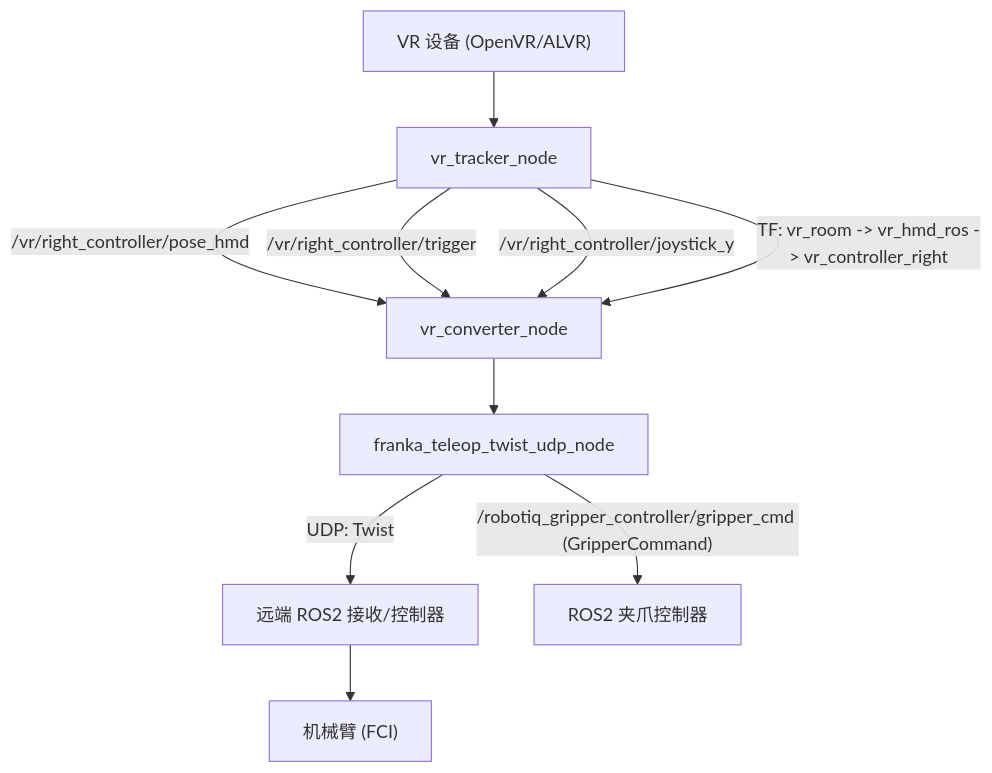
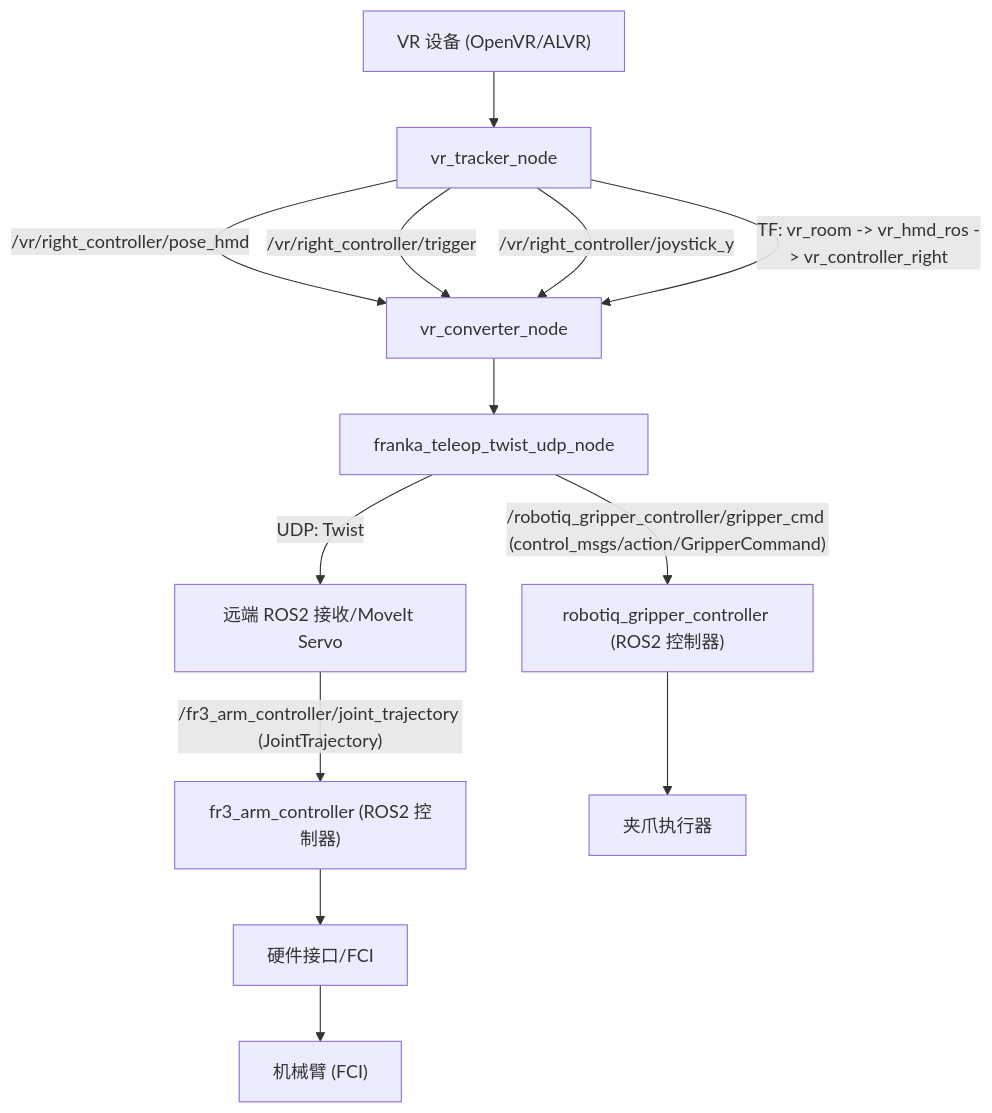
The second of 2 diagrams in vr_teleop_twist/README.md (Daisywait/VR_teleop), drawn with Mermaid before and after one commit. The commit also changed other lines of this file, not shown here.

Commit message:
链路图完善

````diff
--- a/vr_teleop_twist/README.md
+++ b/vr_teleop_twist/README.md
@@ -86,12 +29,15 @@
 ```mermaid
 flowchart TD
   A["VR 设备 (OpenVR/ALVR)"] --> B["vr_tracker_node"]
   B -->|"/vr/right_controller/pose_hmd"| C["vr_converter_node"]
   B -->|"/vr/right_controller/trigger"| C
   B -->|"/vr/right_controller/joystick_y"| C
   B -->|"TF: vr_room -> vr_hmd_ros -> vr_controller_right"| C
   C --> U["franka_teleop_twist_udp_node"]
-  U -->|"UDP: Twist"| U1["远端 ROS2 接收/控制器"]
-  U1 --> U2["机械臂 (FCI)"]
-  U -->|"/robotiq_gripper_controller/gripper_cmd (GripperCommand)"| G["ROS2 夹爪控制器"]
+  U -->|"UDP: Twist"| U1["远端 ROS2 接收/MoveIt Servo"]
+  U1 -->|"/fr3_arm_controller/joint_trajectory (JointTrajectory)"| U2["fr3_arm_controller (ROS2 控制器)"]
+  U2 --> U3["硬件接口/FCI"]
+  U3 --> U4["机械臂 (FCI)"]
+  U -->|"/robotiq_gripper_controller/gripper_cmd (control_msgs/action/GripperCommand)"| G["robotiq_gripper_controller (ROS2 控制器)"]
+  G --> G1["夹爪执行器"]
 ```
````
